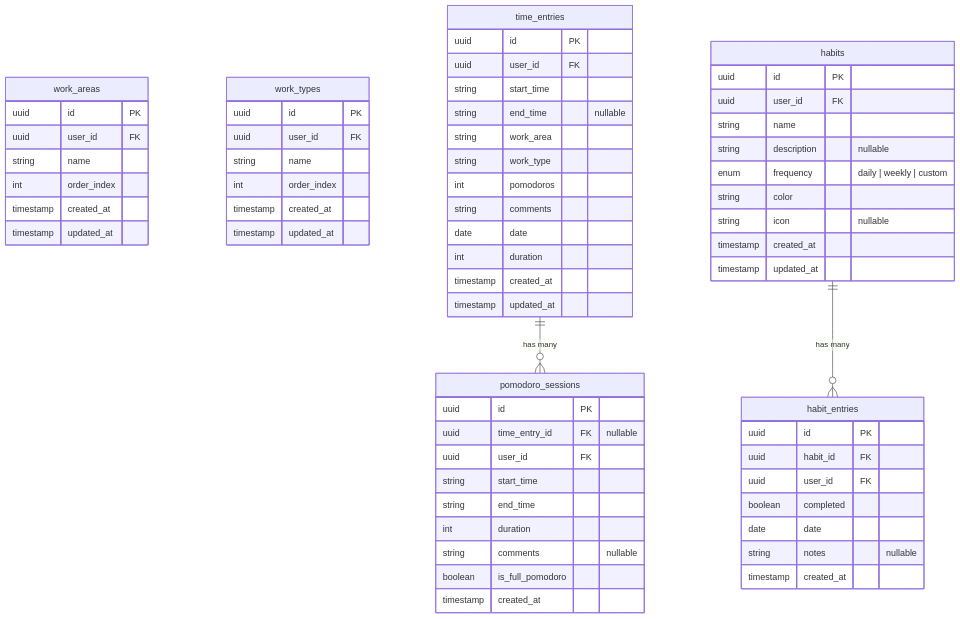
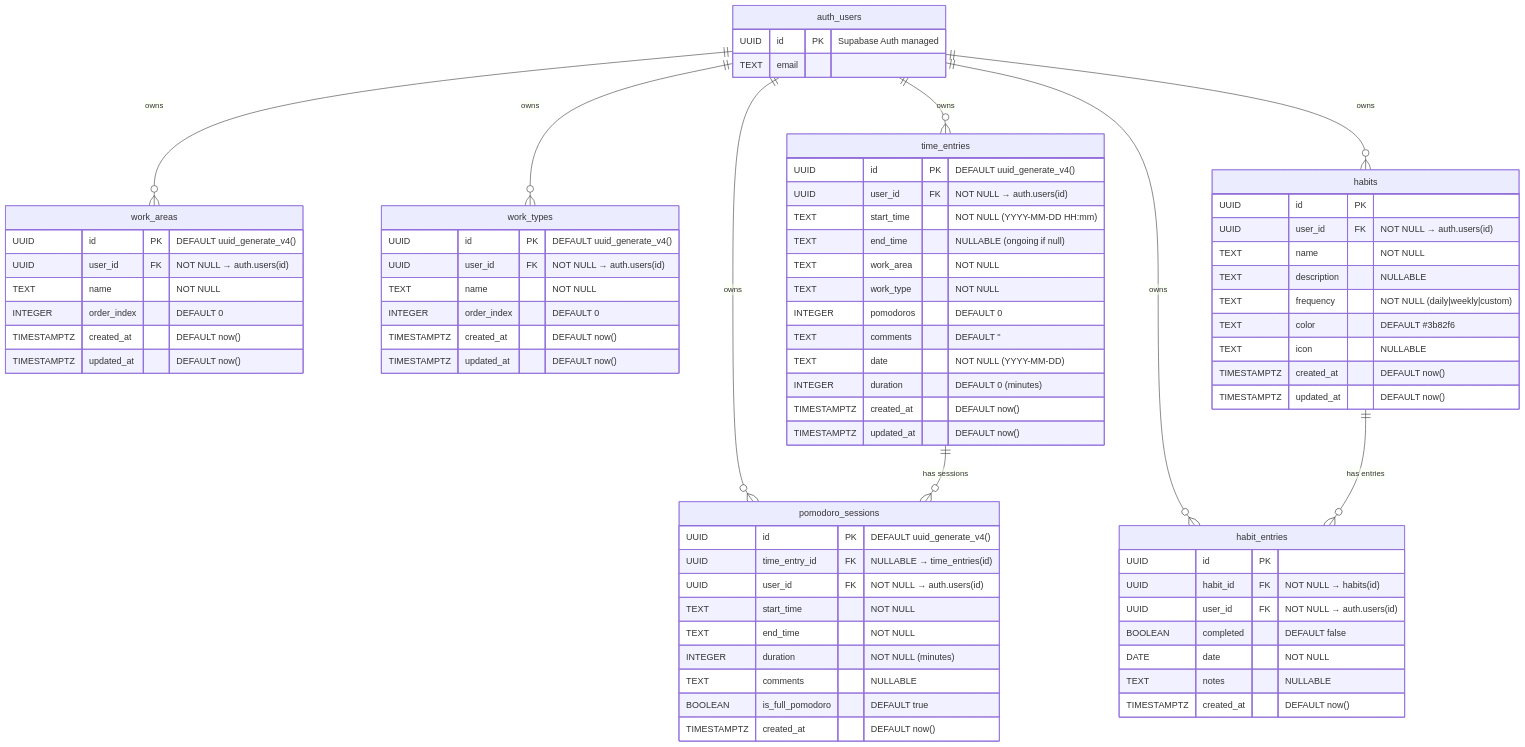
One commit to dipanjandey/Personal-Time-and-Habit-tracking-App changed the sixth of 7 diagrams in ARCHITECTURE.md. Above: the diagram before and after it, drawn with Mermaid. The commit also changed other lines of this file and 24 other files, not shown here.

````diff
--- a/ARCHITECTURE.md
+++ b/ARCHITECTURE.md
@@ -206,72 +301,83 @@
 ```mermaid
 erDiagram
+    auth_users {
+        UUID id PK "Supabase Auth managed"
+        TEXT email
+    }
+
     work_areas {
-        uuid id PK
-        uuid user_id FK
-        string name
-        int order_index
-        timestamp created_at
-        timestamp updated_at
+        UUID id PK "DEFAULT uuid_generate_v4()"
+        UUID user_id FK "NOT NULL → auth.users(id)"
+        TEXT name "NOT NULL"
+        INTEGER order_index "DEFAULT 0"
+        TIMESTAMPTZ created_at "DEFAULT now()"
+        TIMESTAMPTZ updated_at "DEFAULT now()"
     }
 
     work_types {
-        uuid id PK
-        uuid user_id FK
-        string name
-        int order_index
-        timestamp created_at
-        timestamp updated_at
+        UUID id PK "DEFAULT uuid_generate_v4()"
+        UUID user_id FK "NOT NULL → auth.users(id)"
+        TEXT name "NOT NULL"
+        INTEGER order_index "DEFAULT 0"
+        TIMESTAMPTZ created_at "DEFAULT now()"
+        TIMESTAMPTZ updated_at "DEFAULT now()"
     }
 
     time_entries {
-        uuid id PK
-        uuid user_id FK
-        string start_time
-        string end_time "nullable"
-        string work_area
-        string work_type
-        int pomodoros
-        string comments
-        date date
-        int duration
-        timestamp created_at
-        timestamp updated_at
+        UUID id PK "DEFAULT uuid_generate_v4()"
+        UUID user_id FK "NOT NULL → auth.users(id)"
+        TEXT start_time "NOT NULL (YYYY-MM-DD HH:mm)"
+        TEXT end_time "NULLABLE (ongoing if null)"
+        TEXT work_area "NOT NULL"
+        TEXT work_type "NOT NULL"
+        INTEGER pomodoros "DEFAULT 0"
+        TEXT comments "DEFAULT ''"
+        TEXT date "NOT NULL (YYYY-MM-DD)"
+        INTEGER duration "DEFAULT 0 (minutes)"
+        TIMESTAMPTZ created_at "DEFAULT now()"
+        TIMESTAMPTZ updated_at "DEFAULT now()"
     }
 
     pomodoro_sessions {
-        uuid id PK
-        uuid time_entry_id FK "nullable"
-        uuid user_id FK
-        string start_time
-        string end_time
-        int duration
-        string comments "nullable"
-        boolean is_full_pomodoro
-        timestamp created_at
+        UUID id PK "DEFAULT uuid_generate_v4()"
+        UUID time_entry_id FK "NULLABLE → time_entries(id)"
+        UUID user_id FK "NOT NULL → auth.users(id)"
+        TEXT start_time "NOT NULL"
+        TEXT end_time "NOT NULL"
+        INTEGER duration "NOT NULL (minutes)"
+        TEXT comments "NULLABLE"
+        BOOLEAN is_full_pomodoro "DEFAULT true"
+        TIMESTAMPTZ created_at "DEFAULT now()"
     }
 
     habits {
-        uuid id PK
-        uuid user_id FK
-        string name
-        string description "nullable"
-        enum frequency "daily | weekly | custom"
-        string color
-        string icon "nullable"
-        timestamp created_at
-        timestamp updated_at
+        UUID id PK
+        UUID user_id FK "NOT NULL → auth.users(id)"
+        TEXT name "NOT NULL"
+        TEXT description "NULLABLE"
+        TEXT frequency "NOT NULL (daily|weekly|custom)"
+        TEXT color "DEFAULT #3b82f6"
+        TEXT icon "NULLABLE"
+        TIMESTAMPTZ created_at "DEFAULT now()"
+        TIMESTAMPTZ updated_at "DEFAULT now()"
     }
 
     habit_entries {
-        uuid id PK
-        uuid habit_id FK
-        uuid user_id FK
-        boolean completed
-        date date
-        string notes "nullable"
-        timestamp created_at
+        UUID id PK
+        UUID habit_id FK "NOT NULL → habits(id)"
+        UUID user_id FK "NOT NULL → auth.users(id)"
+        BOOLEAN completed "DEFAULT false"
+        DATE date "NOT NULL"
+        TEXT notes "NULLABLE"
+        TIMESTAMPTZ created_at "DEFAULT now()"
     }
 
-    time_entries ||--o{ pomodoro_sessions : "has many"
-    habits ||--o{ habit_entries : "has many"
+    auth_users ||--o{ work_areas : "owns"
+    auth_users ||--o{ work_types : "owns"
+    auth_users ||--o{ time_entries : "owns"
+    auth_users ||--o{ pomodoro_sessions : "owns"
+    auth_users ||--o{ habits : "owns"
+    auth_users ||--o{ habit_entries : "owns"
+    time_entries ||--o{ pomodoro_sessions : "has sessions"
+    habits ||--o{ habit_entries : "has entries"
 ```
````
